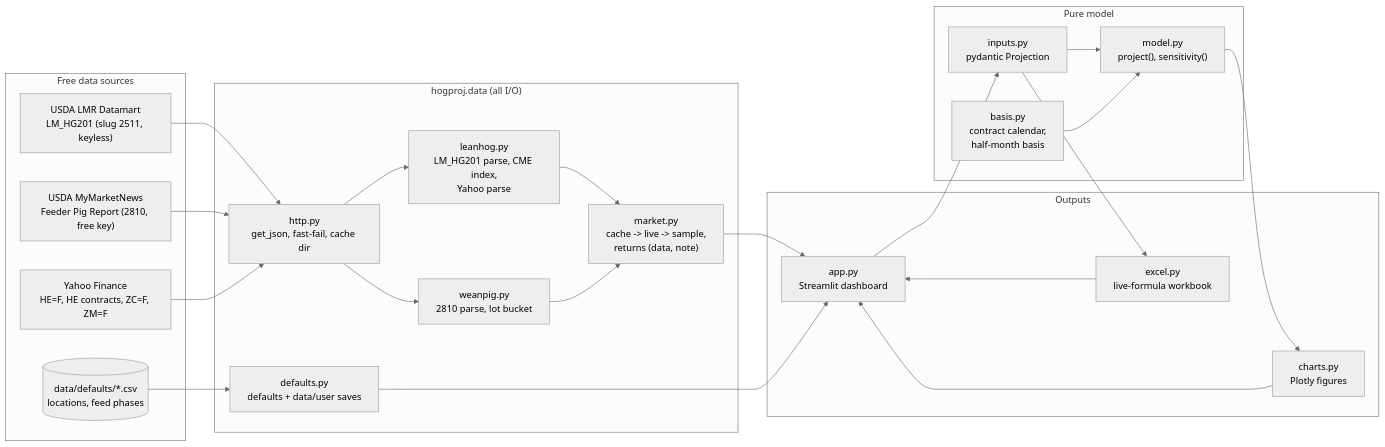
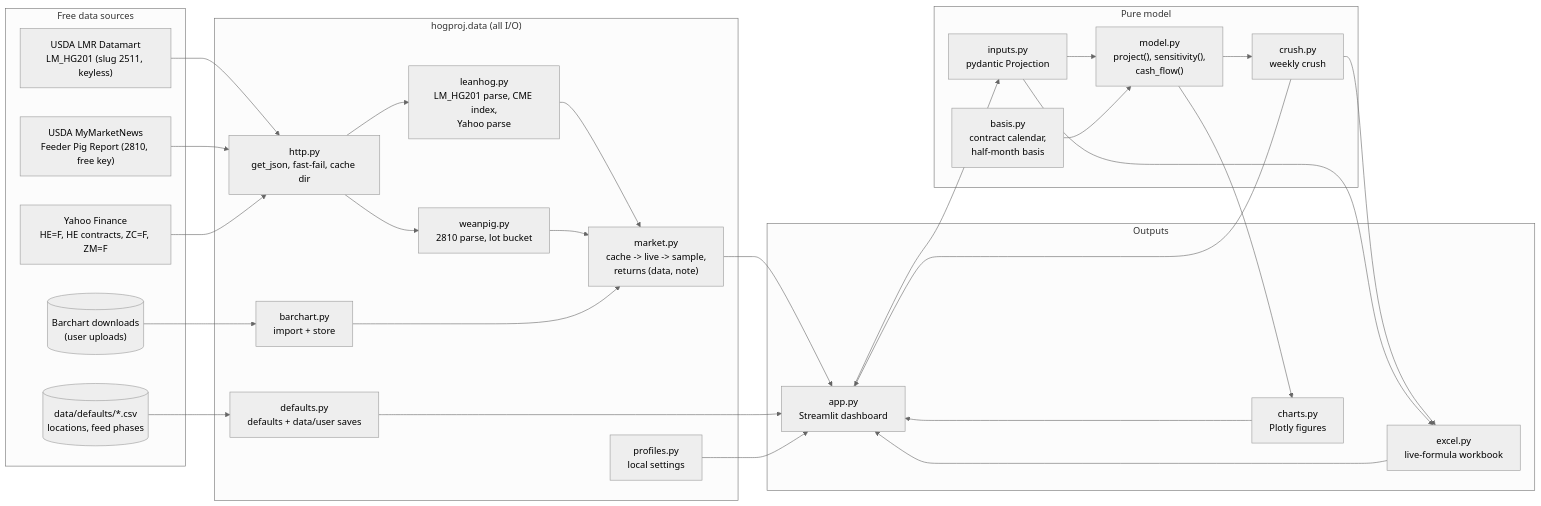
One commit to CalebSmit/HogProjections- changed the diagram in docs/ARCHITECTURE.md. Above: the diagram before and after it, drawn with Mermaid (neutral theme). The commit also changed other lines of this file and 6 other files, not shown here.

First line of the commit message:
docs: Phase 7 done: PRD F13-F18 and answered questions, architecture, ADR 0003, README

````diff
--- a/docs/ARCHITECTURE.md
+++ b/docs/ARCHITECTURE.md
@@ -8,34 +8,42 @@
 ```mermaid
 flowchart LR
     subgraph Sources["Free data sources"]
         LMR["USDA LMR Datamart<br/>LM_HG201 (slug 2511, keyless)"]
         MARS["USDA MyMarketNews<br/>Feeder Pig Report (2810, free key)"]
         YF["Yahoo Finance<br/>HE=F, HE contracts, ZC=F, ZM=F"]
         DEF[("data/defaults/*.csv<br/>locations, feed phases")]
+        BC[("Barchart downloads<br/>(user uploads)")]
     end
     subgraph Data["hogproj.data (all I/O)"]
         HTTP["http.py<br/>get_json, fast-fail, cache dir"]
         LH["leanhog.py<br/>LM_HG201 parse, CME index,<br/>Yahoo parse"]
         WP["weanpig.py<br/>2810 parse, lot bucket"]
         MK["market.py<br/>cache -> live -> sample,<br/>returns (data, note)"]
         DF["defaults.py<br/>defaults + data/user saves"]
+        BCI["barchart.py<br/>import + store"]
+        PR["profiles.py<br/>local settings"]
     end
     subgraph Model["Pure model"]
         IN["inputs.py<br/>pydantic Projection"]
         BA["basis.py<br/>contract calendar,<br/>half-month basis"]
-        MO["model.py<br/>project(), sensitivity()"]
+        MO["model.py<br/>project(), sensitivity(),<br/>cash_flow()"]
+        CR["crush.py<br/>weekly crush"]
     end
     subgraph Out["Outputs"]
         APP["app.py<br/>Streamlit dashboard"]
         CH["charts.py<br/>Plotly figures"]
         XL["excel.py<br/>live-formula workbook"]
     end
     LMR & MARS & YF --> HTTP --> LH & WP --> MK
     DEF --> DF
     MK --> APP
     DF --> APP
     APP --> IN --> MO
     BA --> MO
+    BC --> BCI --> MK
+    PR --> APP
+    MO --> CR --> APP
+    CR --> XL
     MO --> CH --> APP
     IN --> XL --> APP
 ```
````
